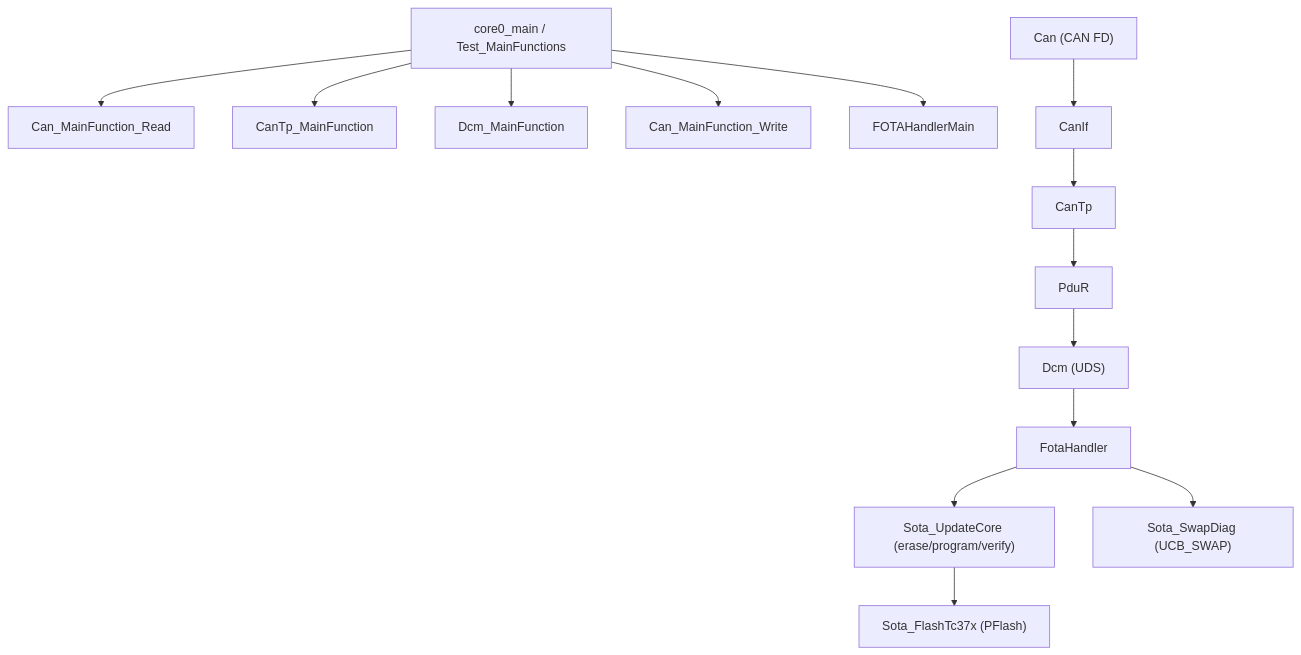
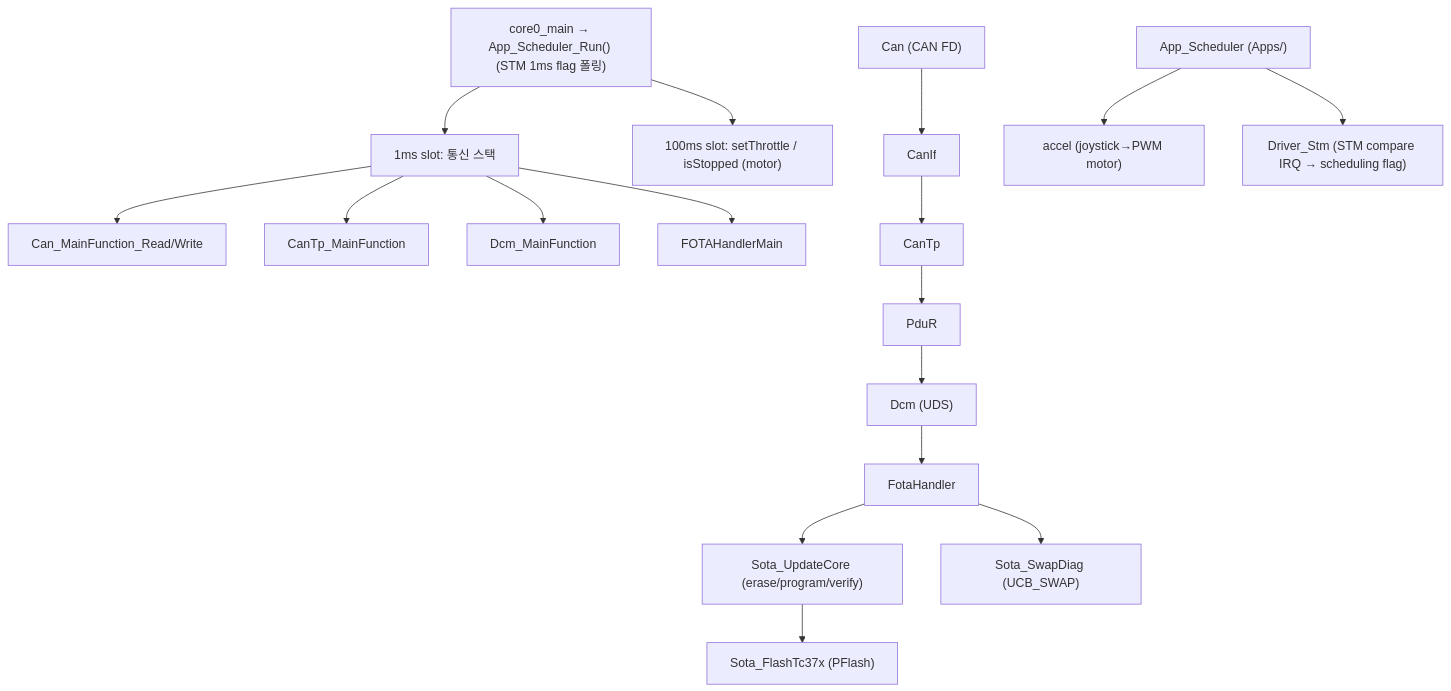
The first of 4 diagrams in docs/04_motion_ecu_architecture.md (kdt-fibonacci/fota-reprogramming), drawn with Mermaid before and after one commit. The commit also changed other lines of this file and 5 other files, not shown here.

````diff
--- a/docs/04_motion_ecu_architecture.md
+++ b/docs/04_motion_ecu_architecture.md
@@ -25,15 +25,18 @@
 ```mermaid
 flowchart TD
-    M["core0_main / Test_MainFunctions"]
-    M --> CANR["Can_MainFunction_Read"]
-    M --> CTP["CanTp_MainFunction"]
-    M --> DCM["Dcm_MainFunction"]
-    M --> CANW["Can_MainFunction_Write"]
-    M --> FH["FOTAHandlerMain"]
+    M["core0_main → App_Scheduler_Run() (STM 1ms flag 폴링)"]
+    M --> S1["1ms slot: 통신 스택"]
+    M --> S100["100ms slot: setThrottle / isStopped (motor)"]
+    S1 --> CANR["Can_MainFunction_Read/Write"]
+    S1 --> CTP["CanTp_MainFunction"]
+    S1 --> DCM["Dcm_MainFunction"]
+    S1 --> FH["FOTAHandlerMain"]
 
     CAN["Can (CAN FD)"] --> CANIF["CanIf"] --> CANTP["CanTp"] --> PDUR["PduR"] --> DCMM["Dcm (UDS)"]
     DCMM --> FOTA["FotaHandler"]
     FOTA --> UC["Sota_UpdateCore (erase/program/verify)"]
     FOTA --> SW["Sota_SwapDiag (UCB_SWAP)"]
     UC --> FL["Sota_FlashTc37x (PFlash)"]
+    APP["App_Scheduler (Apps/)"] --> ACC["accel (joystick→PWM motor)"]
+    APP --> STM["Driver_Stm (STM compare IRQ → scheduling flag)"]
 ```
````
